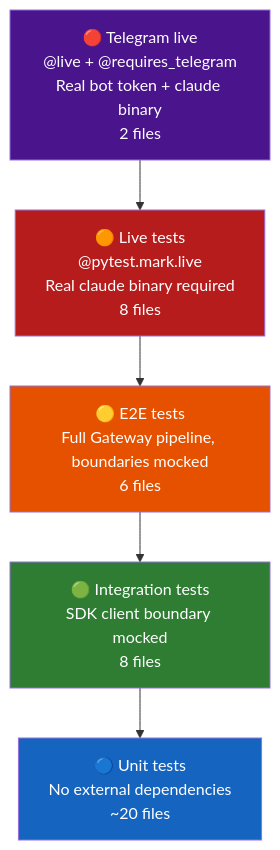
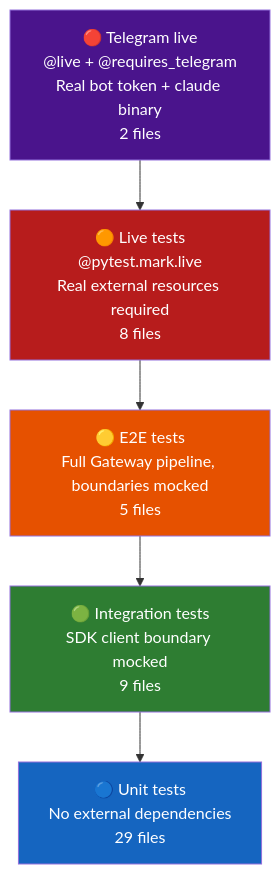
Before and after one commit to user538295/archon-assistant: the diagram in Documentation/Architecture/200_testing_strategy.md, drawn with Mermaid. The commit also changed other lines of this file and 5 other files, not shown here.

````diff
--- a/Documentation/Architecture/200_testing_strategy.md
+++ b/Documentation/Architecture/200_testing_strategy.md
@@ -21,16 +21,16 @@
 ```mermaid
 flowchart TB
     T5["🔴 Telegram live\n@live + @requires_telegram\nReal bot token + claude binary\n2 files"]
-    T4["🟠 Live tests\n@pytest.mark.live\nReal claude binary required\n8 files"]
-    T3["🟡 E2E tests\nFull Gateway pipeline, boundaries mocked\n6 files"]
-    T2["🟢 Integration tests\nSDK client boundary mocked\n8 files"]
-    T1["🔵 Unit tests\nNo external dependencies\n~20 files"]
+    T4["🟠 Live tests\n@pytest.mark.live\nReal external resources required\n8 files"]
+    T3["🟡 E2E tests\nFull Gateway pipeline, boundaries mocked\n5 files"]
+    T2["🟢 Integration tests\nSDK client boundary mocked\n9 files"]
+    T1["🔵 Unit tests\nNo external dependencies\n29 files"]
 
     T5 --> T4 --> T3 --> T2 --> T1
 
     style T1 fill:#1565c0,color:#fff
     style T2 fill:#2e7d32,color:#fff
     style T3 fill:#e65100,color:#fff
     style T4 fill:#b71c1c,color:#fff
     style T5 fill:#4a148c,color:#fff
 ```
````
